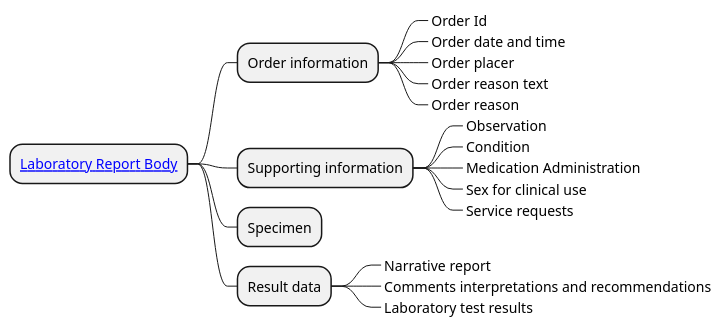
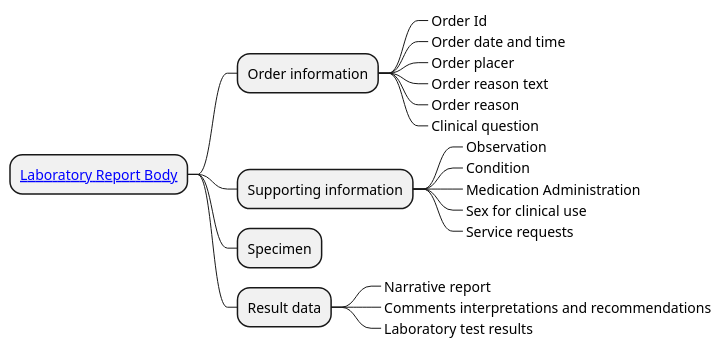
One commit to Xt-EHR/xt-ehr-common changed the diagram in input/images-source/labReportBody_CIM.plantuml. Above: the diagram before and after it, drawn with PlantUML.

Commit message:
Update labReportBody_CIM.plantuml
Add clinical question to the lab conceptual model.

```diff
--- a/input/images-source/labReportBody_CIM.plantuml
+++ b/input/images-source/labReportBody_CIM.plantuml
@@ -1,21 +1,22 @@
 @startmindmap
 skinparam topurl StructureDefinition-
 * [[EHDSLaboratoryReportBody.html Laboratory Report Body]]
 ** Order information
 ***_ Order Id
 ***_ Order date and time
 ***_ Order placer
 ***_ Order reason text
 ***_ Order reason
+***_ Clinical question
 ** Supporting information
 ***_ Observation
 ***_ Condition
 ***_ Medication Administration
 ***_ Sex for clinical use
 ***_ Service requests
 ** Specimen
 ** Result data
 ***_ Narrative report
 ***_ Comments interpretations and recommendations
 ***_ Laboratory test results
 @endmindmap
```
